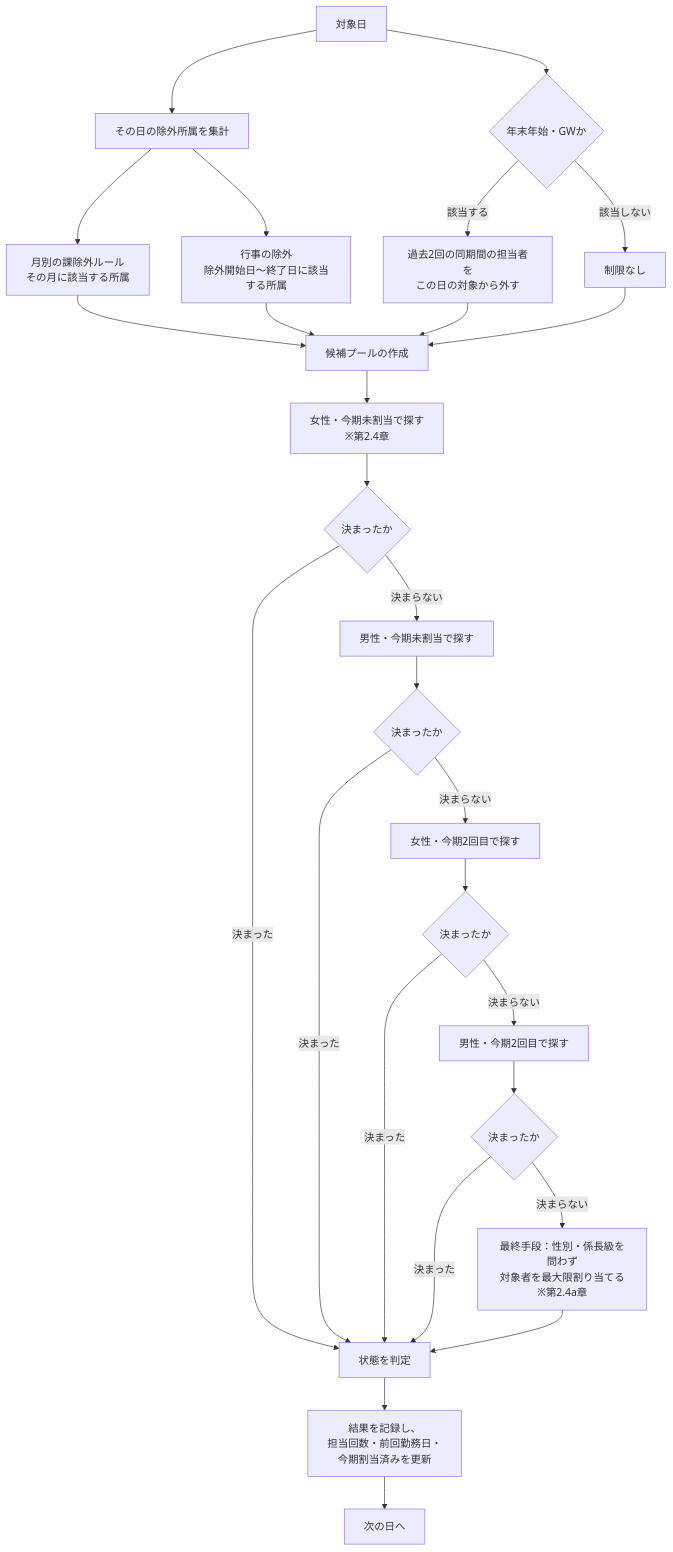
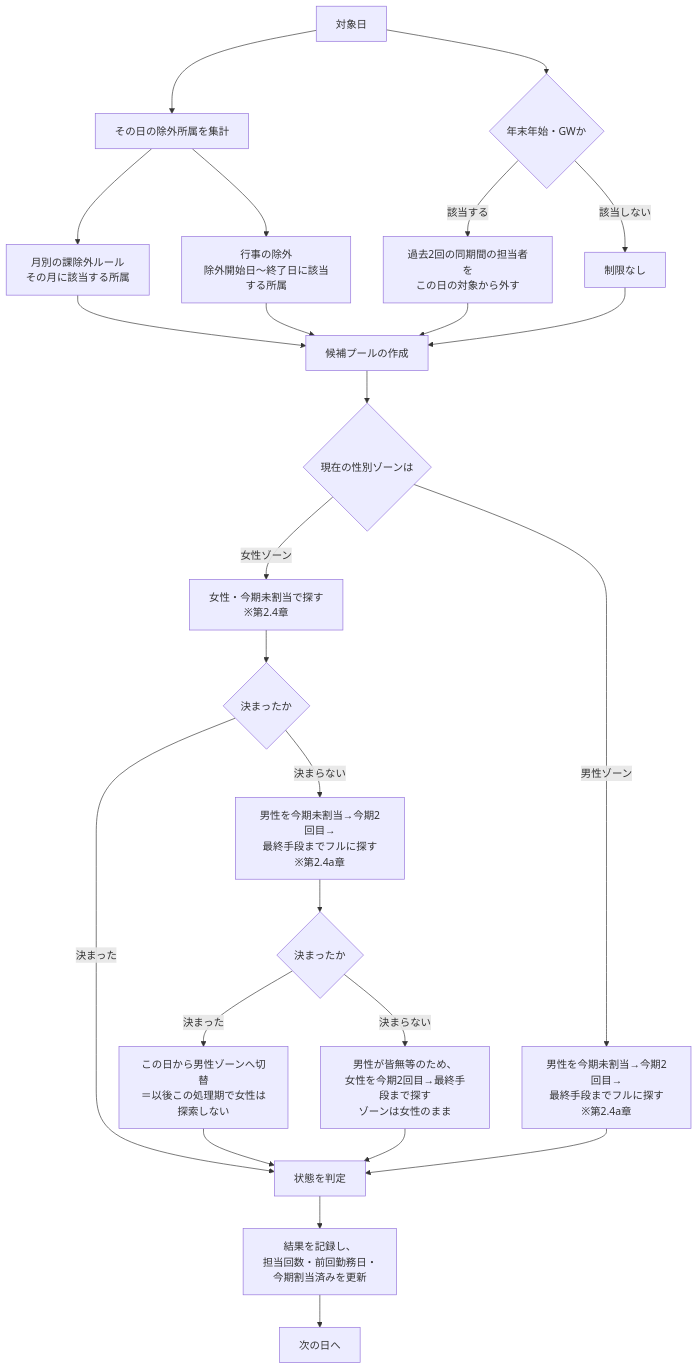
Before and after one commit to Yusei0003/2000: the third of 5 diagrams in docs/勤務表作成フロー.md, drawn with Mermaid. The commit also changed other lines of this file and 6 other files, not shown here.

First line of the commit message:
日直ペアの性別を「女性ゾーン→男性ゾーン」の一方向切替に変更

````diff
--- a/docs/勤務表作成フロー.md
+++ b/docs/勤務表作成フロー.md
@@ -78,29 +78,27 @@
 ```mermaid
 flowchart TD
     A[対象日] --> B[その日の除外所属を集計]
     B --> B1[月別の課除外ルール<br/>その月に該当する所属]
     B --> B2[行事の除外<br/>除外開始日〜終了日に該当する所属]
     A --> C{年末年始・GWか}
     C -->|該当する| D[過去2回の同期間の担当者を<br/>この日の対象から外す]
     C -->|該当しない| E[制限なし]
     B1 --> F[候補プールの作成]
     B2 --> F
     D --> F
     E --> F
-    F --> G[女性・今期未割当で探す<br/>※第2.4章]
+    F --> Z{現在の性別ゾーンは}
+    Z -->|女性ゾーン| G[女性・今期未割当で探す<br/>※第2.4章]
     G --> H{決まったか}
-    H -->|決まらない| J[男性・今期未割当で探す]
-    J --> K{決まったか}
-    K -->|決まらない| L[女性・今期2回目で探す]
-    L --> L2{決まったか}
-    L2 -->|決まらない| M[男性・今期2回目で探す]
-    M --> M2{決まったか}
-    M2 -->|決まらない| Q[最終手段：性別・係長級を問わず<br/>対象者を最大限割り当てる<br/>※第2.4a章]
     H -->|決まった| N[状態を判定]
-    K -->|決まった| N
-    L2 -->|決まった| N
-    M2 -->|決まった| N
-    Q --> N
+    H -->|決まらない| Mfull[男性を今期未割当→今期2回目→<br/>最終手段までフルに探す<br/>※第2.4a章]
+    Mfull --> H2{決まったか}
+    H2 -->|決まった| ZONE[この日から男性ゾーンへ切替<br/>＝以後この処理期で女性は探索しない]
+    ZONE --> N
+    H2 -->|決まらない| Ffull[男性が皆無等のため、<br/>女性を今期2回目→最終手段まで探す<br/>ゾーンは女性のまま]
+    Ffull --> N
+    Z -->|男性ゾーン| Mfull2[男性を今期未割当→今期2回目→<br/>最終手段までフルに探す<br/>※第2.4a章]
+    Mfull2 --> N
     N --> O[結果を記録し、<br/>担当回数・前回勤務日・<br/>今期割当済みを更新]
     O --> P[次の日へ]
 ```
````
